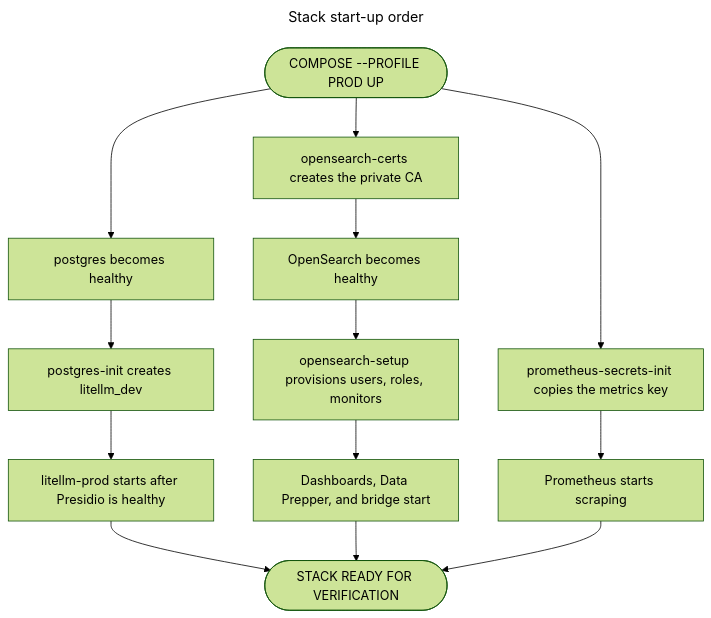
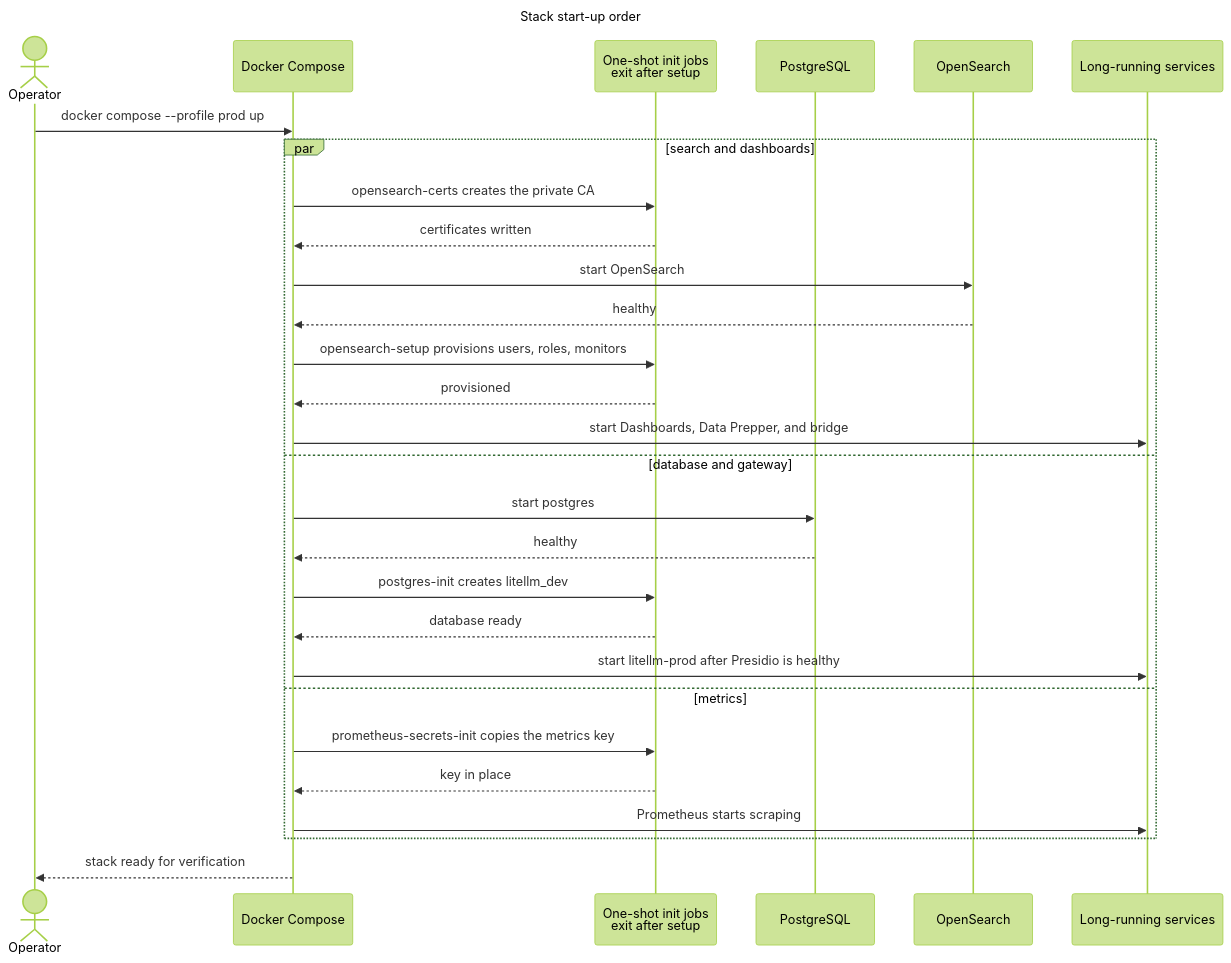
One commit to bella-1337/effective-spoon changed the diagram in diagrams/14-stack-startup-flow.mmd. Above: the diagram before and after it, drawn with Mermaid (forest theme). The commit also changed 27 other files, not shown here.

First line of the commit message:
Draw the flow diagrams as animated sequence diagrams

```diff
--- a/diagrams/14-stack-startup-flow.mmd
+++ b/diagrams/14-stack-startup-flow.mmd
@@ -1,32 +1,37 @@
 ---
 title: Stack start-up order
 ---
-flowchart TD
+sequenceDiagram
   %% Source for 14-stack-startup-flow.html. Edit this file, then run ./scripts/render-diagrams.py.
   %% Directives: docs in diagrams/README.md (Updating diagrams).
   %% @subtitle One-shot init jobs and health checks that run when a profile starts, in Compose dependency order
+  %% @type cloud: DC
+  %% @type database: PG OS
+  actor OP as Operator
+  participant DC as Docker Compose
+  participant INIT as One-shot init jobs<br/>exit after setup
+  participant PG as PostgreSQL
+  participant OS as OpenSearch
+  participant SVC as Long-running services
 
-  S(["COMPOSE --PROFILE PROD UP"])
-  CERT["opensearch-certs creates the private CA"]
-  PGH["postgres becomes healthy"]
-  SEC["prometheus-secrets-init copies the metrics key"]
-  OS["OpenSearch becomes healthy"]
-  PGI["postgres-init creates litellm_dev"]
-  PM["Prometheus starts scraping"]
-  OSS["opensearch-setup provisions users, roles, monitors"]
-  LL["litellm-prod starts after Presidio is healthy"]
-  DSH["Dashboards, Data Prepper, and bridge start"]
-  E(["STACK READY FOR VERIFICATION"])
-
-  S --> CERT
-  S --> PGH
-  S --> SEC
-  CERT --> OS
-  PGH --> PGI
-  SEC --> PM
-  OS --> OSS
-  PGI --> LL
-  OSS --> DSH
-  LL --> E
-  DSH --> E
-  PM --> E
+  OP->>DC: docker compose --profile prod up
+  par search and dashboards
+    DC->>INIT: opensearch-certs creates the private CA
+    INIT-->>DC: certificates written
+    DC->>OS: start OpenSearch
+    OS-->>DC: healthy
+    DC->>INIT: opensearch-setup provisions users, roles, monitors
+    INIT-->>DC: provisioned
+    DC->>SVC: start Dashboards, Data Prepper, and bridge
+  and database and gateway
+    DC->>PG: start postgres
+    PG-->>DC: healthy
+    DC->>INIT: postgres-init creates litellm_dev
+    INIT-->>DC: database ready
+    DC->>SVC: start litellm-prod after Presidio is healthy
+  and metrics
+    DC->>INIT: prometheus-secrets-init copies the metrics key
+    INIT-->>DC: key in place
+    DC->>SVC: Prometheus starts scraping
+  end
+  DC-->>OP: stack ready for verification
```
